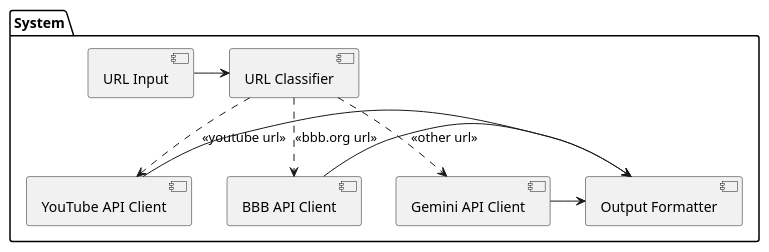
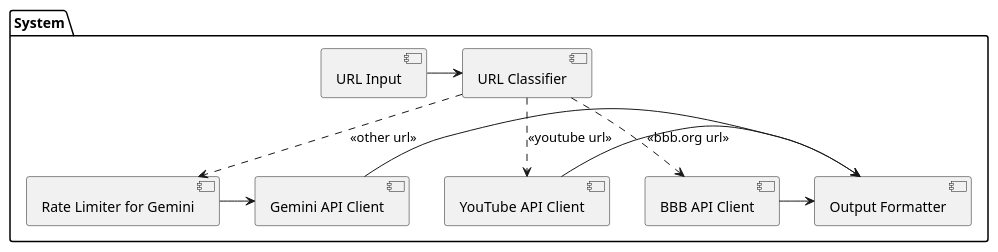
Before and after one commit to ValeryVerkhoturov/gemini-webscrapping: the diagram in README.md, drawn with PlantUML. The commit also changed other lines of this file and 8 other files, not shown here.

Commit message:
feat: add gemini rate limiter and examples

````diff
--- a/README.md
+++ b/README.md
@@ -3,22 +22,24 @@
 ```puml
 @startuml
 package "System" {
 
   component "URL Input" as urlInput
   component "URL Classifier" as urlClass
   component "YouTube API Client" as ytClient
   component "BBB API Client" as bbbClient
+  component "Rate Limiter for Gemini" as geminiLimiter
   component "Gemini API Client" as geminiClient
   component "Output Formatter" as output
 
   urlInput -right-> urlClass
   urlClass ..> ytClient : <<youtube url>>
   urlClass ..> bbbClient : <<bbb.org url>> 
-  urlClass ..> geminiClient : <<other url>>
+  urlClass ..> geminiLimiter : <<other url>>
+  geminiLimiter -right-> geminiClient
   ytClient -right-> output
   bbbClient -right-> output
   geminiClient -right-> output
   
 }
 @enduml
 ```
````
